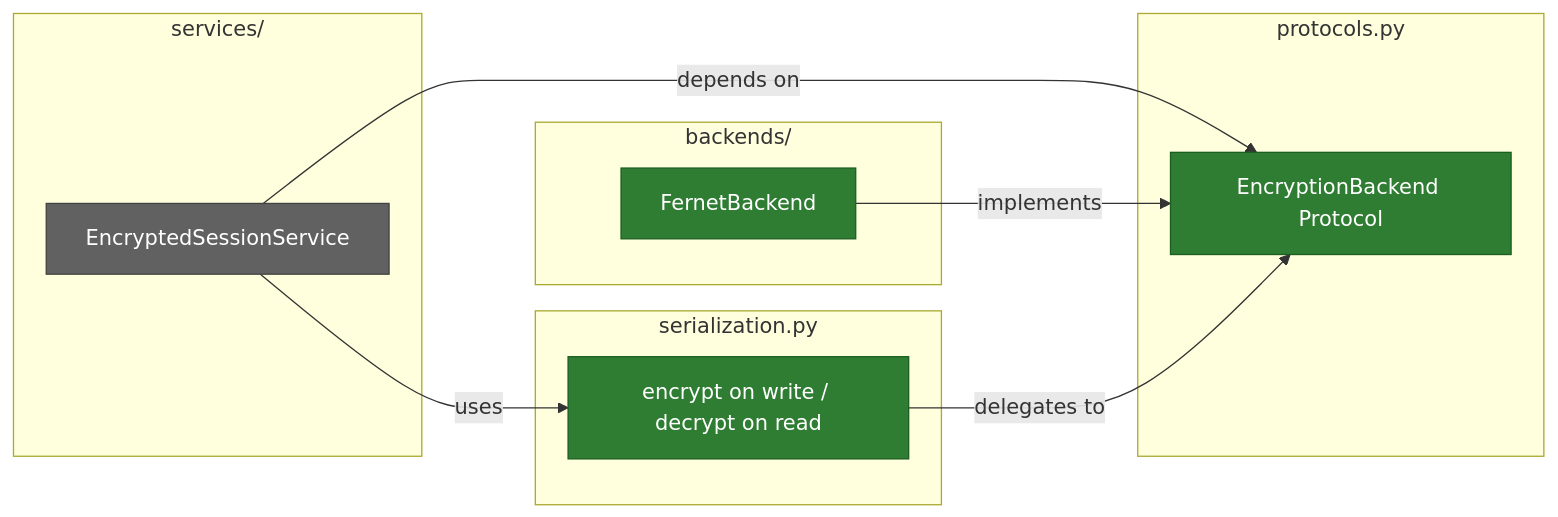
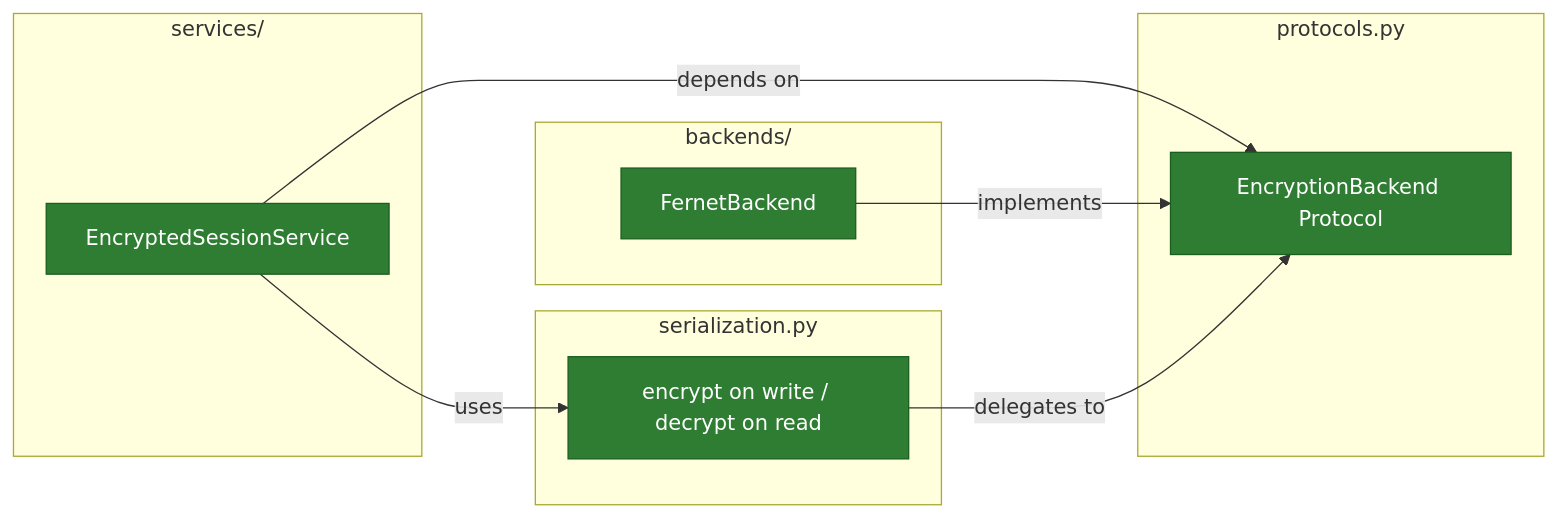
One commit to Alberto-Codes/adk-secure-sessions changed the third of 3 diagrams in docs/ARCHITECTURE.md. Above: the diagram before and after it, drawn with Mermaid. The commit also changed other lines of this file, not shown here.

Commit message:
feat(docs): update architecture documentation with EncryptedSessionService details and color coding

````diff
--- a/docs/ARCHITECTURE.md
+++ b/docs/ARCHITECTURE.md
@@ -68,28 +68,28 @@
 ```mermaid
 graph LR
     subgraph protocols.py
         EB2[EncryptionBackend Protocol]
     end
 
     subgraph services/
         ESS2[EncryptedSessionService]
     end
 
     subgraph backends/
         FB2[FernetBackend]
     end
 
     subgraph serialization.py
         SER[encrypt on write / decrypt on read]
     end
 
     ESS2 -->|depends on| EB2
     FB2 -->|implements| EB2
     ESS2 -->|uses| SER
     SER -->|delegates to| EB2
 
     style EB2 fill:#2e7d32,stroke:#1b5e20,color:#fff
-    style ESS2 fill:#616161,stroke:#424242,color:#fff
+    style ESS2 fill:#2e7d32,stroke:#1b5e20,color:#fff
     style FB2 fill:#2e7d32,stroke:#1b5e20,color:#fff
     style SER fill:#2e7d32,stroke:#1b5e20,color:#fff
 ```
````
